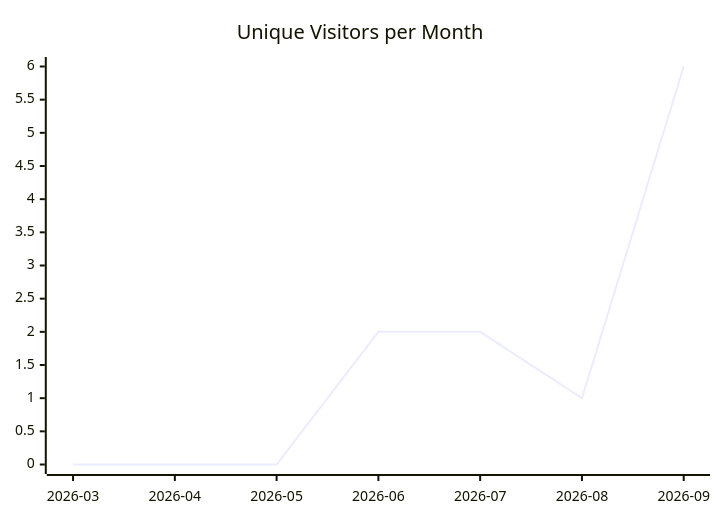
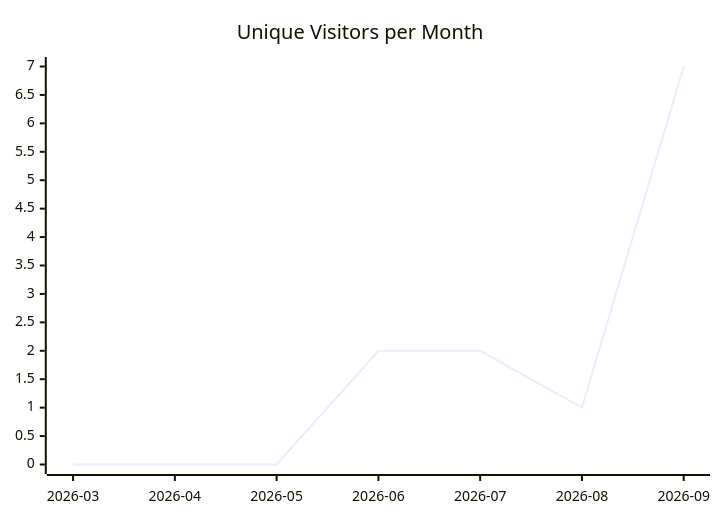
Before and after one commit to justdavis-family/github-analytics-data: the first of 3 diagrams in karlmdavis/dotfiles/README.md, drawn with Mermaid. The commit also changed other lines of this file and 193 other files, not shown here.

````diff
--- a/karlmdavis/dotfiles/README.md
+++ b/karlmdavis/dotfiles/README.md
@@ -5,6 +5,6 @@
 ```mermaid
 xychart-beta
   title "Unique Visitors per Month"
   x-axis ["2026-03", "2026-04", "2026-05", "2026-06", "2026-07", "2026-08", "2026-09"]
-  line [0, 0, 0, 2, 2, 1, 6]
+  line [0, 0, 0, 2, 2, 1, 7]
 ```
````
